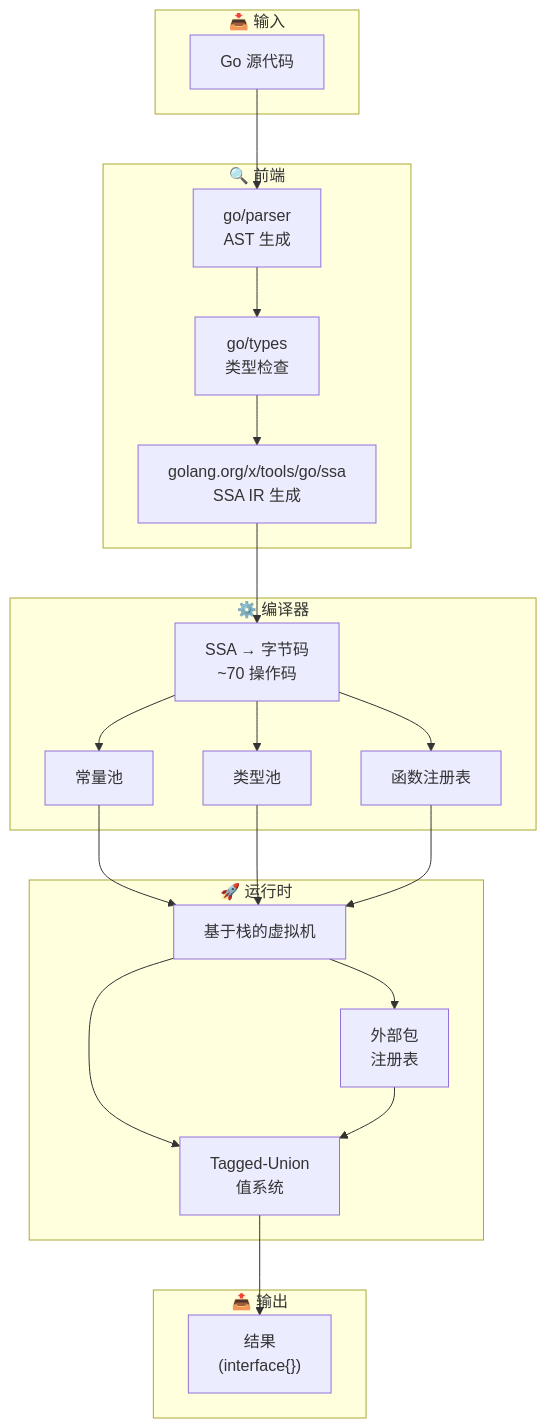
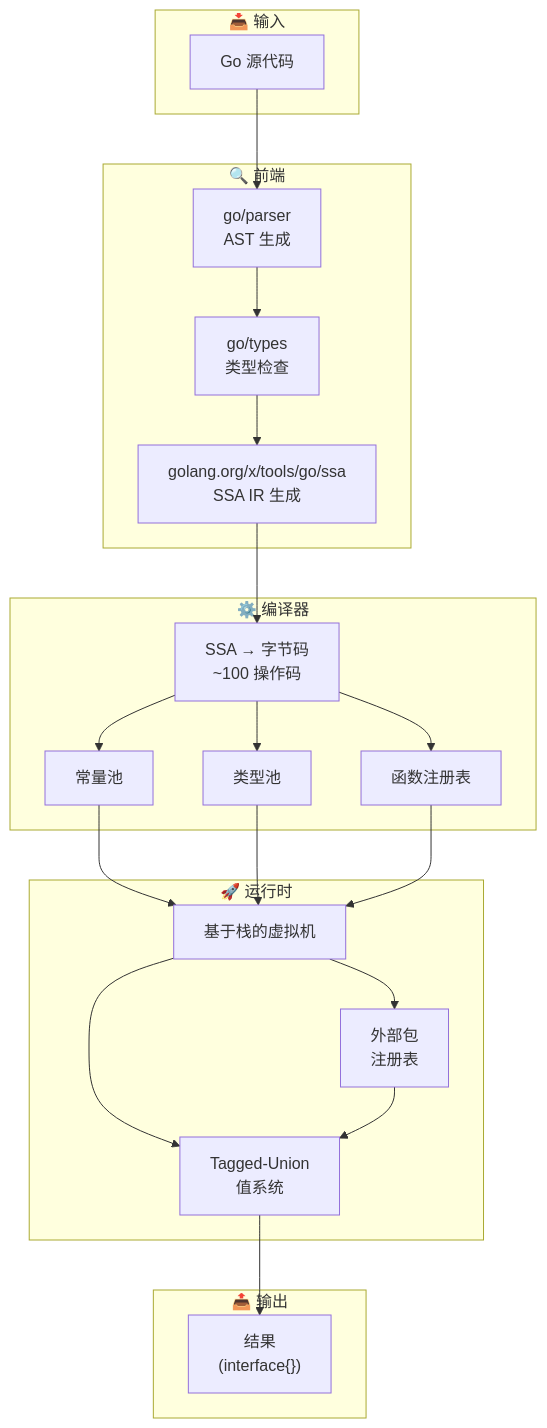
One commit to t04dJ14n9/gig changed the first of 7 diagrams in README_CN.md. Above: the diagram before and after it, drawn with Mermaid. The commit also changed other lines of this file and 246 other files, not shown here.

````diff
--- a/README_CN.md
+++ b/README_CN.md
@@ -326,44 +373,44 @@
 ```mermaid
 flowchart TB
     subgraph Input["📥 输入"]
         SRC["Go 源代码"]
     end
-    
+
     subgraph Frontend["🔍 前端"]
         PARSER["go/parser<br/>AST 生成"]
         TYPECHECK["go/types<br/>类型检查"]
         SSA["golang.org/x/tools/go/ssa<br/>SSA IR 生成"]
     end
-    
+
     subgraph Compiler["⚙️ 编译器"]
-        COMP["SSA → 字节码<br/>~70 操作码"]
+        COMP["SSA → 字节码<br/>~100 操作码"]
         CONST["常量池"]
         TYPES["类型池"]
         FUNCS["函数注册表"]
     end
-    
+
     subgraph Runtime["🚀 运行时"]
         VM["基于栈的虚拟机"]
         VALUE["Tagged-Union<br/>值系统"]
         EXT["外部包<br/>注册表"]
     end
-    
+
     subgraph Output["📤 输出"]
         RESULT["结果<br/>(interface{})"]
     end
-    
+
     SRC --> PARSER
     PARSER --> TYPECHECK
     TYPECHECK --> SSA
     SSA --> COMP
     COMP --> CONST
     COMP --> TYPES
     COMP --> FUNCS
     CONST --> VM
     TYPES --> VM
     FUNCS --> VM
     VM --> VALUE
     VM --> EXT
     EXT --> VALUE
     VALUE --> RESULT
 ```
````
